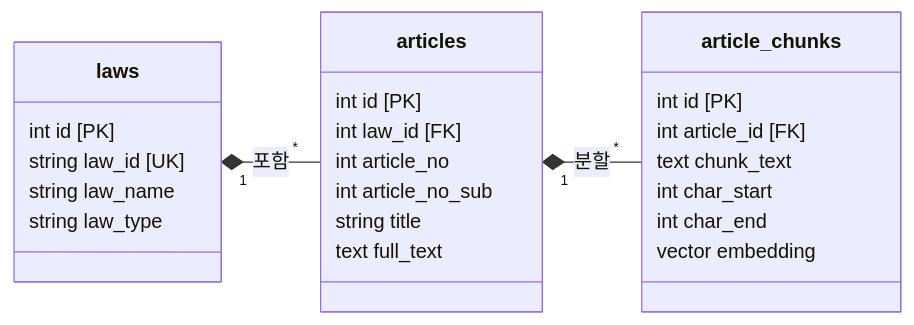
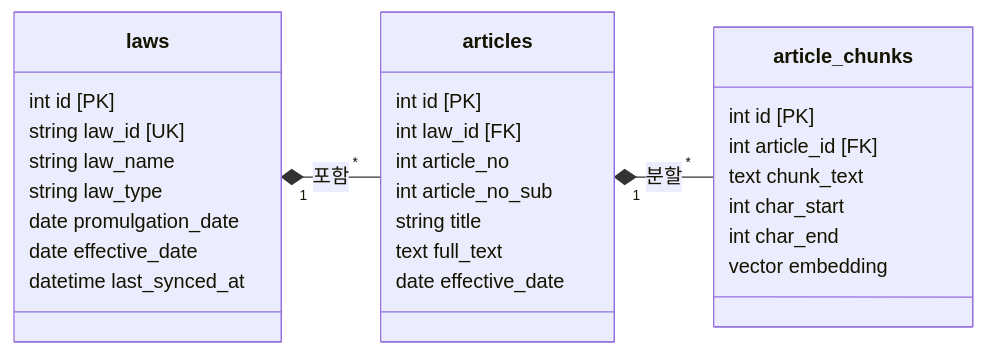
Before and after one commit to hugingstar/LawGraphRAG: the second of 4 diagrams in README.md, drawn with Mermaid. The commit also changed other lines of this file and 42 other files, not shown here.

First line of the commit message:
feat: Refactor RAG into GraphRAG with Neo4j, rebrand to Law Owly

````diff
--- a/README.md
+++ b/README.md
@@ -67,32 +138,36 @@
 ```mermaid
 classDiagram
     direction LR
     
     class laws {
         int id [PK]
         string law_id [UK]
         string law_name
         string law_type
+        date promulgation_date
+        date effective_date
+        datetime last_synced_at
     }
     
     class articles {
         int id [PK]
         int law_id [FK]
         int article_no
         int article_no_sub
         string title
         text full_text
+        date effective_date
     }
     
     class article_chunks {
         int id [PK]
         int article_id [FK]
         text chunk_text
         int char_start
         int char_end
         vector embedding
     }
 
     laws "1" *-- "*" articles : 포함
     articles "1" *-- "*" article_chunks : 분할
 ```
````
